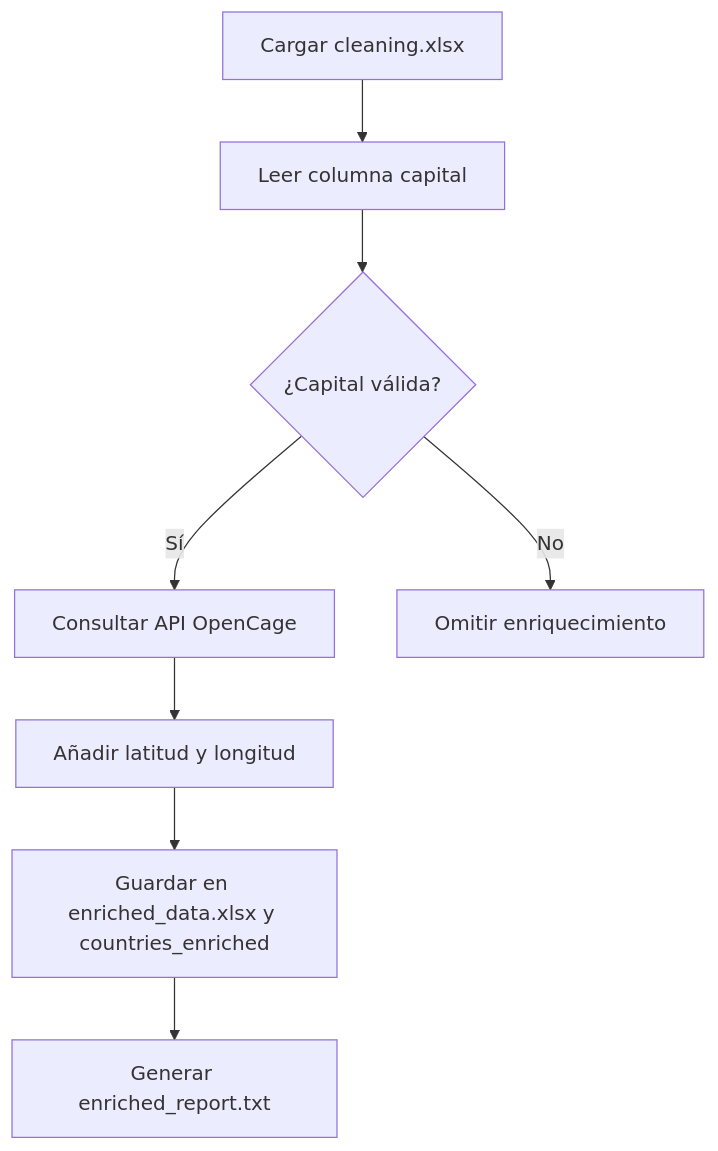
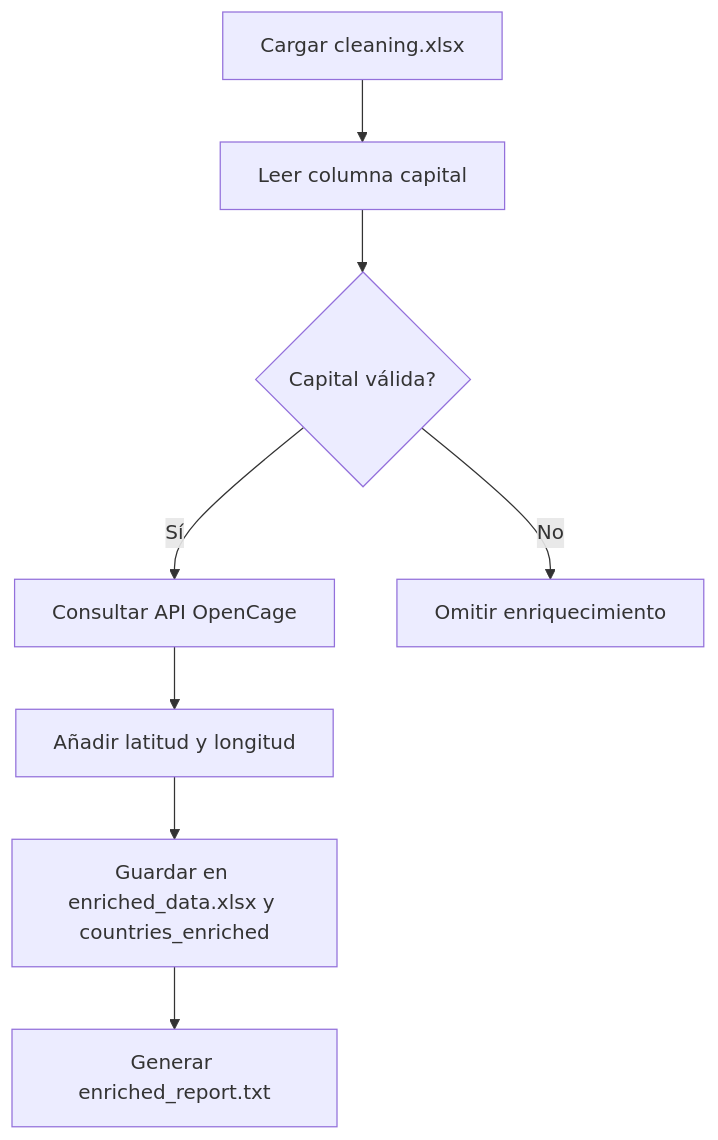
One commit to JuanesMedCol/bigdata-infrastructure changed the fourth of 6 diagrams in docs/diagrams.md. Above: the diagram before and after it, drawn with Mermaid. The commit also changed other lines of this file, not shown here.

Commit message:
reajustando diagramas

````diff
--- a/docs/diagrams.md
+++ b/docs/diagrams.md
@@ -73,10 +71,10 @@
-```mermaid
-flowchart TD
-    A[Cargar cleaning.xlsx] --> B[Leer columna capital]
-    B --> C{¿Capital válida?}
-    C -- Sí --> D[Consultar API OpenCage]
-    D --> E[Añadir latitud y longitud]
-    E --> F[Guardar en enriched_data.xlsx y countries_enriched]
-    F --> G[Generar enriched_report.txt]
-    C -- No --> H[Omitir enriquecimiento]
-```
+    ```mermaid
+    graph TD
+        A[Cargar cleaning.xlsx] --> B[Leer columna capital]
+        B --> C{Capital válida?}
+        C -- Sí --> D[Consultar API OpenCage]
+        D --> E[Añadir latitud y longitud]
+        E --> F[Guardar en enriched_data.xlsx y countries_enriched]
+        F --> G[Generar enriched_report.txt]
+        C -- No --> H[Omitir enriquecimiento]
+    ```
````
